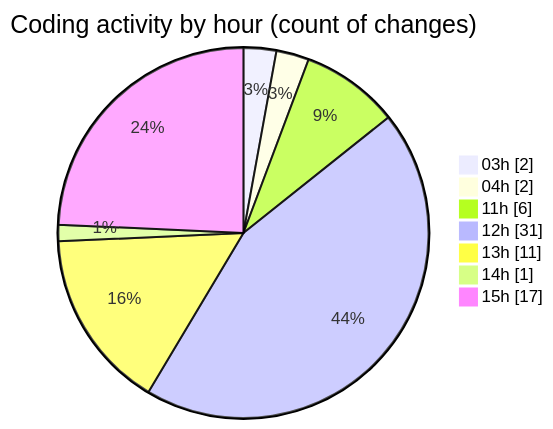
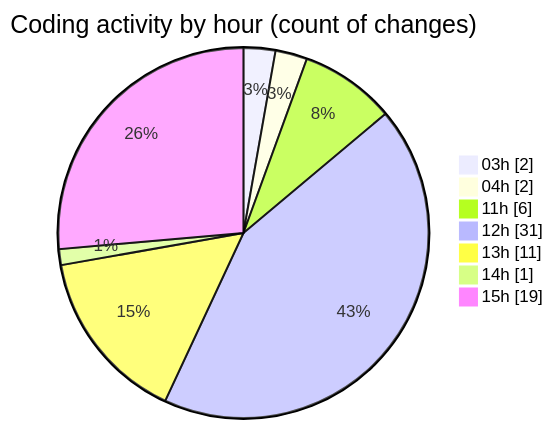
One commit to FelipKnott/code-tracking changed the second of 2 diagrams in 2025-07-04/cursor/README.md. Above: the diagram before and after it, drawn with Mermaid. The commit also changed other lines of this file and 1 other file, not shown here.

````diff
--- a/2025-07-04/cursor/README.md
+++ b/2025-07-04/cursor/README.md
@@ -45,11 +45,11 @@
 ```mermaid
 pie showData
 title Coding activity by hour (count of changes)
 "03h" : 2
 "04h" : 2
 "11h" : 6
 "12h" : 31
 "13h" : 11
 "14h" : 1
-"15h" : 17
+"15h" : 19
 ```
````
